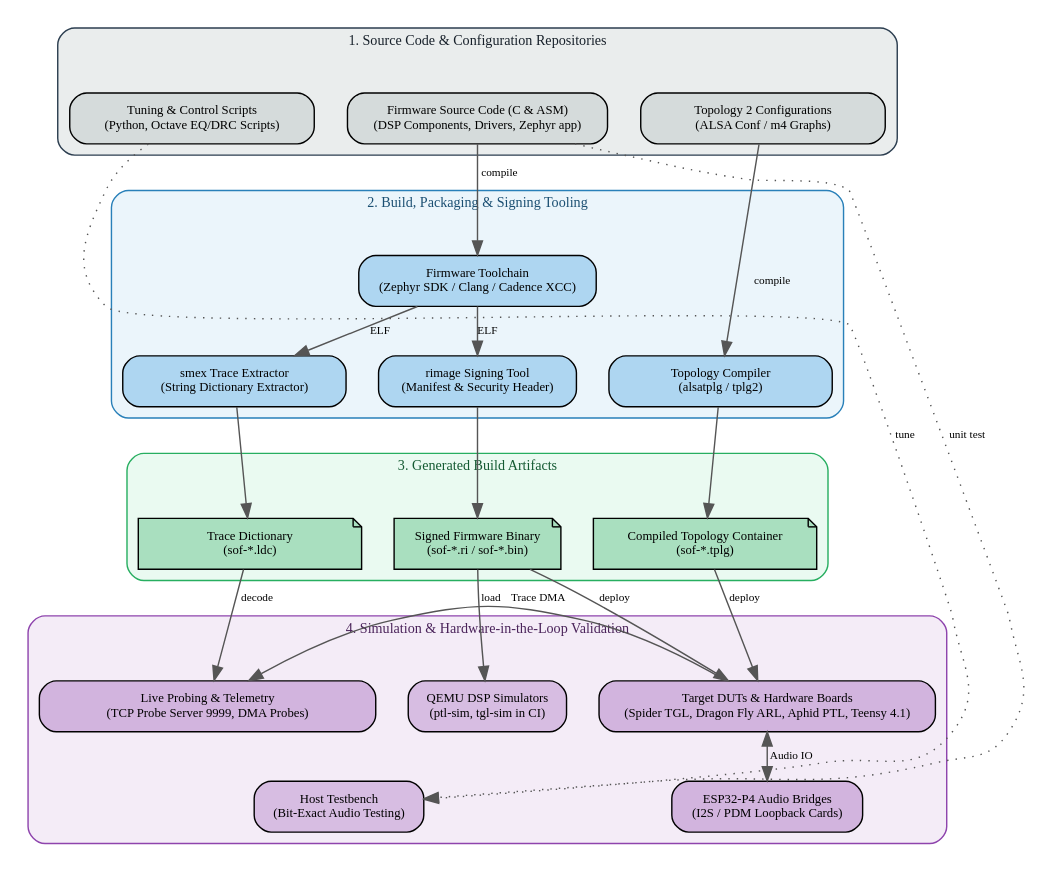
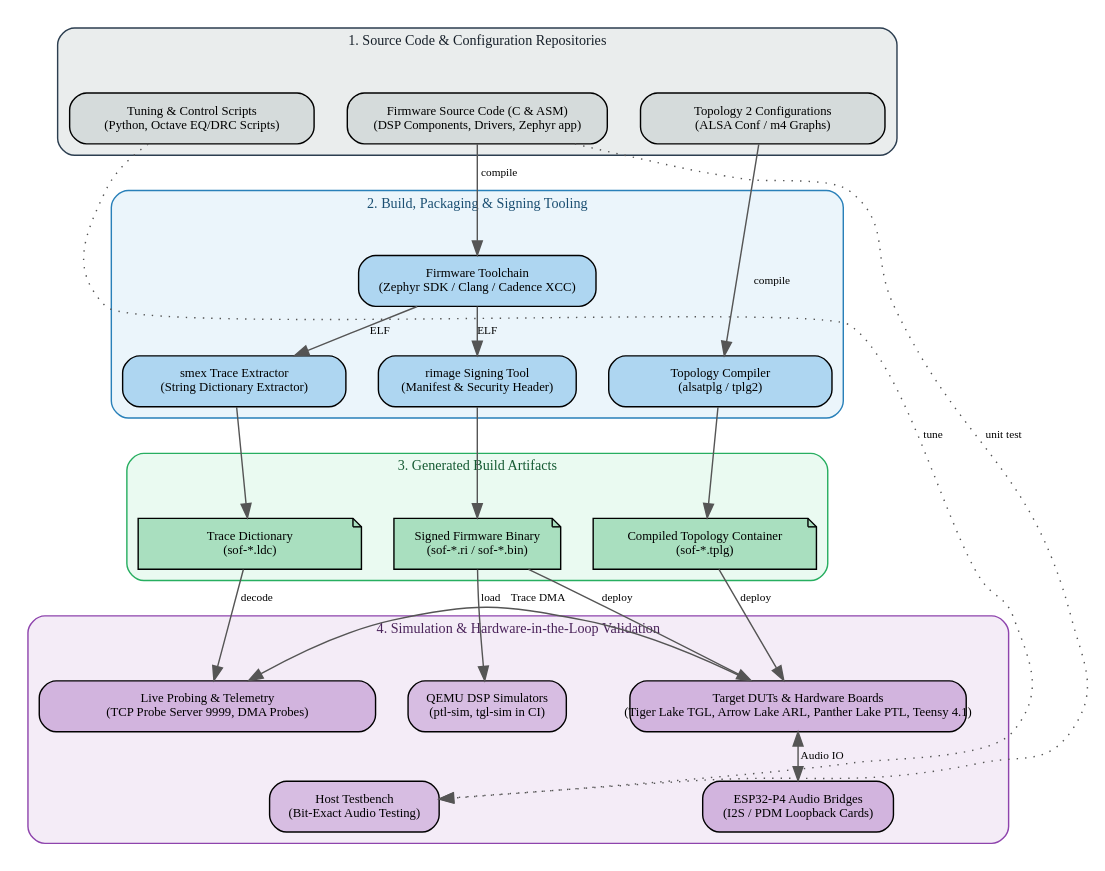
Before and after one commit to thesofproject/sof-docs: the diagram in getting_started/index.rst, drawn with Graphviz. The commit also changed 18 other files, not shown here.

First line of the commit message:
doc: sanitize private DUT names and generalize hardware documentation

```diff
--- a/getting_started/index.rst
+++ b/getting_started/index.rst
@@ -93,7 +93,7 @@
 
            runtime_diag [label="Live Probing & Telemetry\n(TCP Probe Server 9999, DMA Probes)", width=3.3, fixedsize=shape, fillcolor="#d2b4de"];
            sim_qemu [label="QEMU DSP Simulators\n(ptl-sim, tgl-sim in CI)", fillcolor="#d7bde2"];
-           dut_boards [label="Target DUTs & Hardware Boards\n(Spider TGL, Dragon Fly ARL, Aphid PTL, Teensy 4.1)", width=3.3, fixedsize=shape, fillcolor="#d2b4de"];
+           dut_boards [label="Target DUTs & Hardware Boards\n(Tiger Lake TGL, Arrow Lake ARL, Panther Lake PTL, Teensy 4.1)", width=3.3, fixedsize=shape, fillcolor="#d2b4de"];
 
            sim_tb [label="Host Testbench\n(Bit-Exact Audio Testing)", fillcolor="#d7bde2"];
            esp_bridges [label="ESP32-P4 Audio Bridges\n(I2S / PDM Loopback Cards)", fillcolor="#d2b4de"];
```
